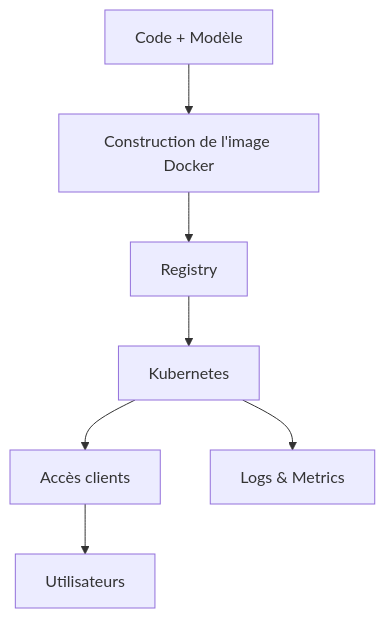
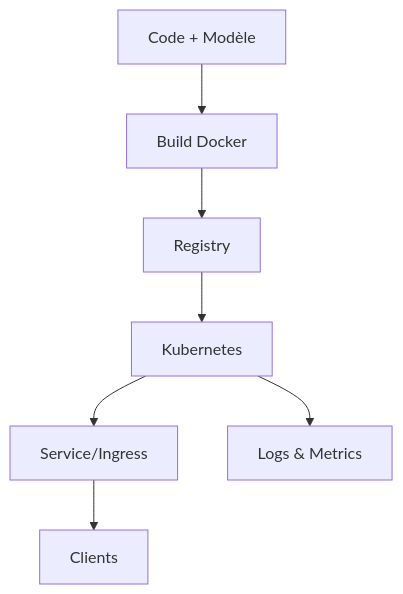
One commit to haythem-rehouma/G1299 changed the second of 2 diagrams in 01-mise-en-place-ecosysteme-IA/Module 0 — Introduction à l’écosystème/d.md. Above: the diagram before and after it, drawn with Mermaid. The commit also changed other lines of this file, not shown here.

````diff
--- a/01-mise-en-place-ecosysteme-IA/Module 0 — Introduction à l’écosystème/d.md
+++ b/01-mise-en-place-ecosysteme-IA/Module 0 — Introduction à l’écosystème/d.md
@@ -150,9 +180,9 @@
 ```mermaid
 flowchart TB
-  Code[Code + Modèle] --> Build[Construction de l'image Docker]
-  Build --> Registry[Registry]
-  Registry --> Deploy[Kubernetes]
-  Deploy --> Ingress[Accès clients]
-  Ingress --> Utilisateurs
-  Deploy --> Obs[Logs & Metrics]
+  C[Code + Modèle] --> B[Build Docker]
+  B --> R[Registry]
+  R --> K[Kubernetes]
+  K --> S[Service/Ingress]
+  S --> U[Clients]
+  K --> O[Logs & Metrics]
 ```
````
